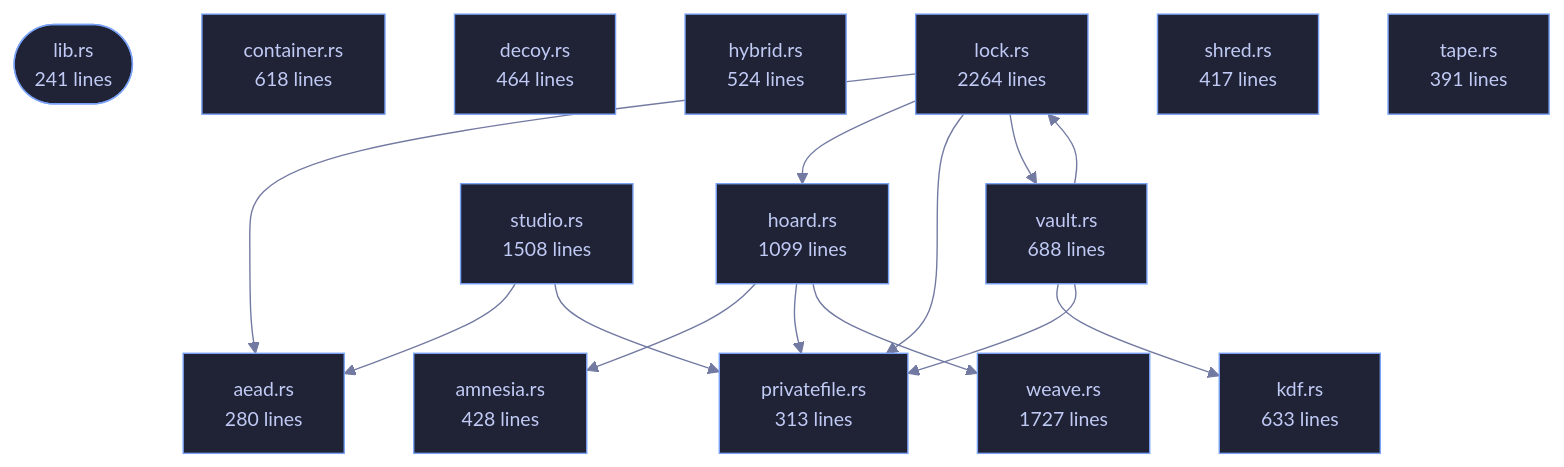
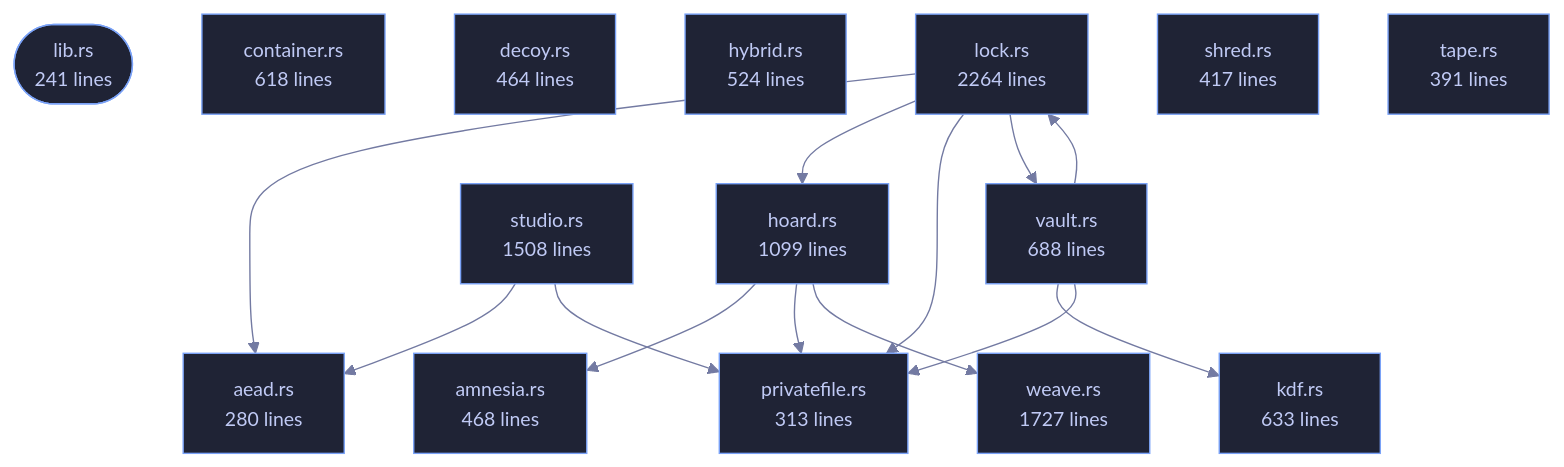
The diagram in crates/veilvoice-crypto/README.md (tilas01/veilvoice), drawn with Mermaid before and after one commit. The commit also changed other lines of this file and 38 other files, not shown here.

````diff
--- a/crates/veilvoice-crypto/README.md
+++ b/crates/veilvoice-crypto/README.md
@@ -108,46 +108,46 @@
 ```mermaid
 %%{init: {"theme":"base","themeVariables":{"background":"#1a1b26","primaryColor":"#1f2335","primaryTextColor":"#c0caf5","primaryBorderColor":"#7aa2f7","secondaryColor":"#16161e","tertiaryColor":"#16161e","lineColor":"#737aa2","textColor":"#c0caf5","mainBkg":"#1f2335","nodeBorder":"#7aa2f7","clusterBkg":"#16161e","clusterBorder":"#2f3549","fontFamily":"ui-monospace, SFMono-Regular, Consolas, monospace","fontSize":"14px"}}}%%
 flowchart TD
     n_lib(["lib.rs<br/>241 lines"])
     n_aead["aead.rs<br/>280 lines"]
-    n_amnesia["amnesia.rs<br/>428 lines"]
+    n_amnesia["amnesia.rs<br/>468 lines"]
     n_container["container.rs<br/>618 lines"]
     n_decoy["decoy.rs<br/>464 lines"]
     n_hoard["hoard.rs<br/>1099 lines"]
     n_hybrid["hybrid.rs<br/>524 lines"]
     n_kdf["kdf.rs<br/>633 lines"]
     n_lock["lock.rs<br/>2264 lines"]
     n_privatefile["privatefile.rs<br/>313 lines"]
     n_shred["shred.rs<br/>417 lines"]
     n_studio["studio.rs<br/>1508 lines"]
     n_tape["tape.rs<br/>391 lines"]
     n_vault["vault.rs<br/>688 lines"]
     n_weave["weave.rs<br/>1727 lines"]
     n_hoard --> n_amnesia
     n_hoard --> n_privatefile
     n_hoard --> n_weave
     n_lock --> n_aead
     n_lock --> n_hoard
     n_lock --> n_privatefile
     n_lock --> n_vault
     n_studio --> n_aead
     n_studio --> n_privatefile
     n_vault --> n_kdf
     n_vault --> n_lock
     n_vault --> n_privatefile
     click n_lib href "https://github.com/tilas01/veilvoice/blob/main/crates/veilvoice-crypto/src/lib.rs" "open the source"
     click n_aead href "https://github.com/tilas01/veilvoice/blob/main/crates/veilvoice-crypto/src/aead.rs" "open the source"
     click n_amnesia href "https://github.com/tilas01/veilvoice/blob/main/crates/veilvoice-crypto/src/amnesia.rs" "open the source"
     click n_container href "https://github.com/tilas01/veilvoice/blob/main/crates/veilvoice-crypto/src/container.rs" "open the source"
     click n_decoy href "https://github.com/tilas01/veilvoice/blob/main/crates/veilvoice-crypto/src/decoy.rs" "open the source"
     click n_hoard href "https://github.com/tilas01/veilvoice/blob/main/crates/veilvoice-crypto/src/hoard.rs" "open the source"
     click n_hybrid href "https://github.com/tilas01/veilvoice/blob/main/crates/veilvoice-crypto/src/hybrid.rs" "open the source"
     click n_kdf href "https://github.com/tilas01/veilvoice/blob/main/crates/veilvoice-crypto/src/kdf.rs" "open the source"
     click n_lock href "https://github.com/tilas01/veilvoice/blob/main/crates/veilvoice-crypto/src/lock.rs" "open the source"
     click n_privatefile href "https://github.com/tilas01/veilvoice/blob/main/crates/veilvoice-crypto/src/privatefile.rs" "open the source"
     click n_shred href "https://github.com/tilas01/veilvoice/blob/main/crates/veilvoice-crypto/src/shred.rs" "open the source"
     click n_studio href "https://github.com/tilas01/veilvoice/blob/main/crates/veilvoice-crypto/src/studio.rs" "open the source"
     click n_tape href "https://github.com/tilas01/veilvoice/blob/main/crates/veilvoice-crypto/src/tape.rs" "open the source"
     click n_vault href "https://github.com/tilas01/veilvoice/blob/main/crates/veilvoice-crypto/src/vault.rs" "open the source"
     click n_weave href "https://github.com/tilas01/veilvoice/blob/main/crates/veilvoice-crypto/src/weave.rs" "open the source"
 ```
````
